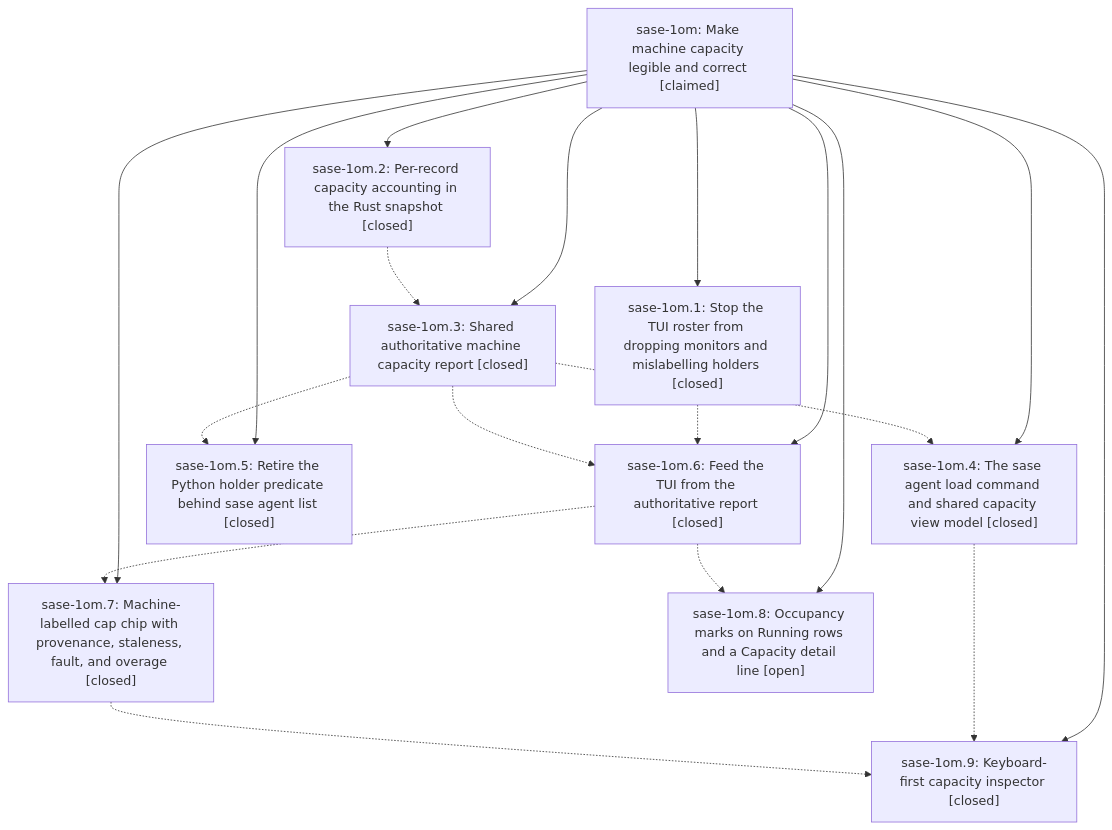
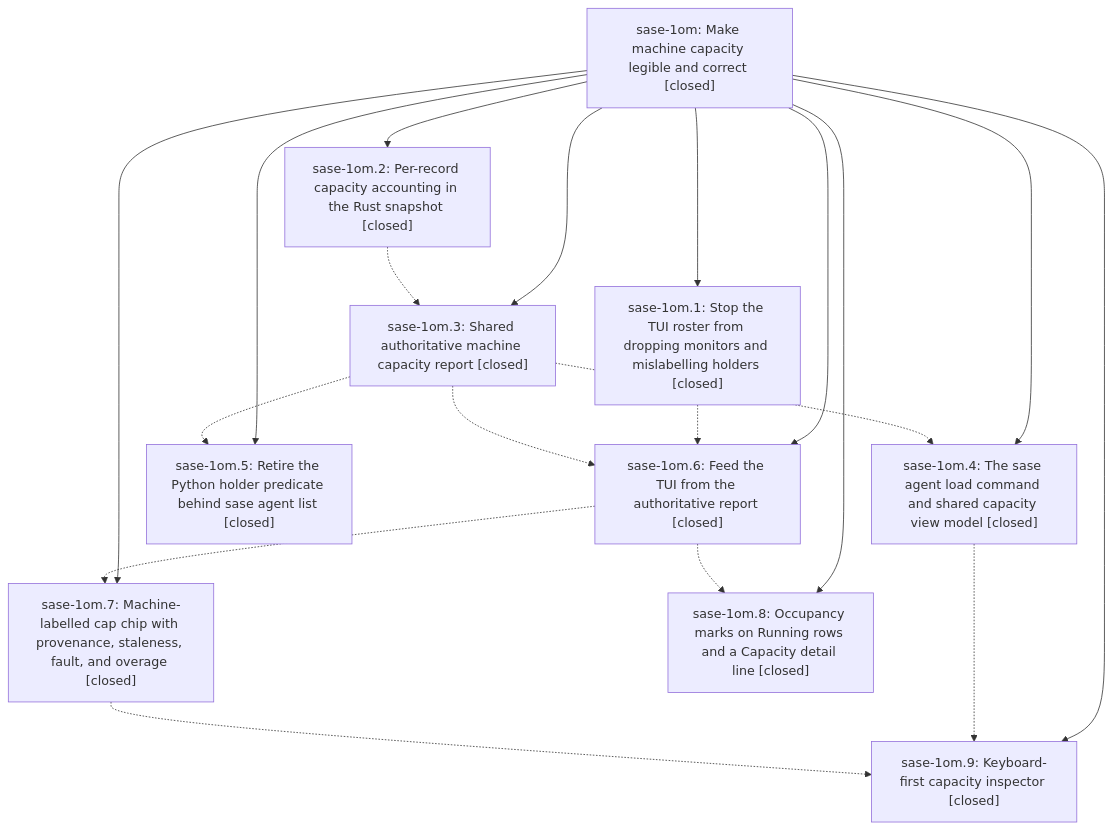
Before and after one commit to sase-org/sase--beads: the diagram in pages/sase-1om/README.md, drawn with Mermaid. The commit also changed other lines of this file and 3 other files, not shown here.

````diff
--- a/pages/sase-1om/README.md
+++ b/pages/sase-1om/README.md
@@ -44,31 +83,31 @@
 ```mermaid
 flowchart TD
-    n0["sase-1om: Make machine capacity legible and correct [claimed]"]
+    n0["sase-1om: Make machine capacity legible and correct [closed]"]
     n1["sase-1om.1: Stop the TUI roster from dropping monitors and mislabelling holders [closed]"]
     n2["sase-1om.2: Per-record capacity accounting in the Rust snapshot [closed]"]
     n3["sase-1om.3: Shared authoritative machine capacity report [closed]"]
     n4["sase-1om.4: The sase agent load command and shared capacity view model [closed]"]
     n5["sase-1om.5: Retire the Python holder predicate behind sase agent list [closed]"]
     n6["sase-1om.6: Feed the TUI from the authoritative report [closed]"]
     n7["sase-1om.7: Machine-labelled cap chip with provenance, staleness, fault, and overage [closed]"]
-    n8["sase-1om.8: Occupancy marks on Running rows and a Capacity detail line [open]"]
+    n8["sase-1om.8: Occupancy marks on Running rows and a Capacity detail line [closed]"]
     n9["sase-1om.9: Keyboard-first capacity inspector [closed]"]
     n0 --> n1
     n0 --> n2
     n0 --> n3
     n0 --> n4
     n0 --> n5
     n0 --> n6
     n0 --> n7
     n0 --> n8
     n0 --> n9
     n1 -.-> n6
     n2 -.-> n3
     n3 -.-> n4
     n3 -.-> n5
     n3 -.-> n6
     n4 -.-> n9
     n6 -.-> n7
     n6 -.-> n8
     n7 -.-> n9
 ```
````
